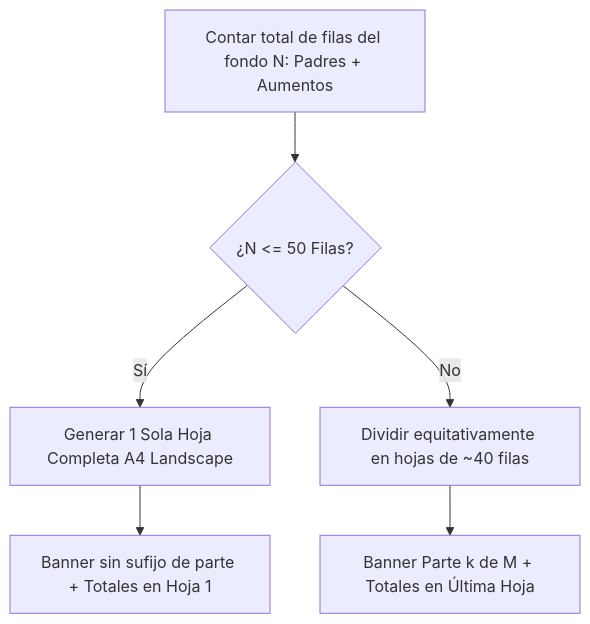
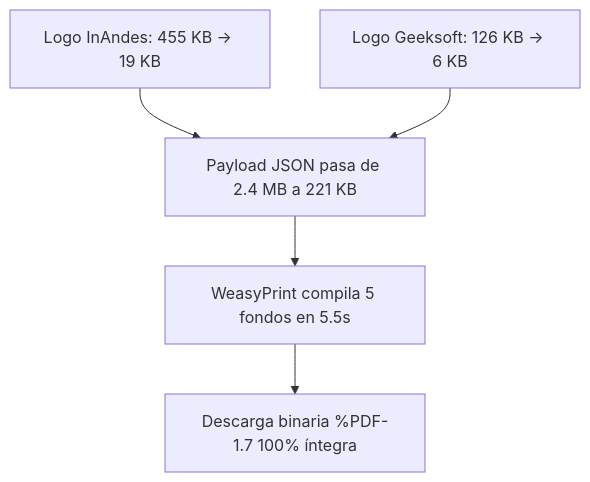
Before and after one commit to RichGutz/Inandes.ERP.React: the second of 2 diagrams in Obsidian/Inandes.Factoring.React/BENOIT_BLANC_RECUPERA_PDF_BELLOS.NO.SHARING.VIOL.md, drawn with Mermaid. The commit also changed other lines of this file, not shown here.

````diff
--- a/Obsidian/Inandes.Factoring.React/BENOIT_BLANC_RECUPERA_PDF_BELLOS.NO.SHARING.VIOL.md
+++ b/Obsidian/Inandes.Factoring.React/BENOIT_BLANC_RECUPERA_PDF_BELLOS.NO.SHARING.VIOL.md
@@ -178,8 +181,7 @@
 ```mermaid
 graph TD
-    A[Contar total de filas del fondo N: Padres + Aumentos] --> B{¿N <= 50 Filas?}
-    B -- Sí --> C[Generar 1 Sola Hoja Completa A4 Landscape]
-    B -- No --> D[Dividir equitativamente en hojas de ~40 filas]
-    C --> E[Banner sin sufijo de parte + Totales en Hoja 1]
-    D --> F[Banner Parte k de M + Totales en Última Hoja]
+    A[Logo InAndes: 455 KB -> 19 KB] --> C[Payload JSON pasa de 2.4 MB a 221 KB]
+    B[Logo Geeksoft: 126 KB -> 6 KB] --> C
+    C --> D[WeasyPrint compila 5 fondos en 5.5s]
+    D --> E[Descarga binaria %PDF-1.7 100% íntegra]
 ```
````
